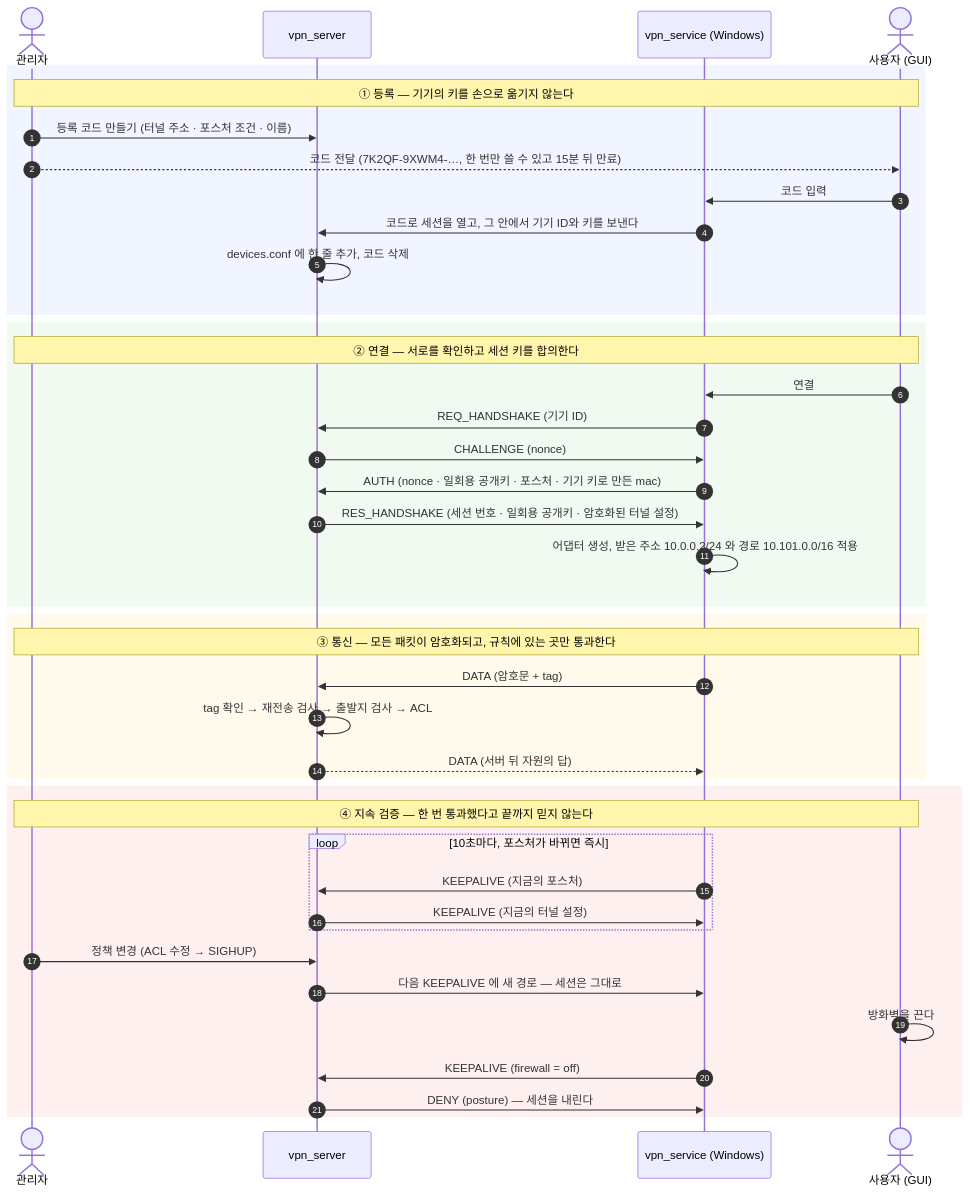
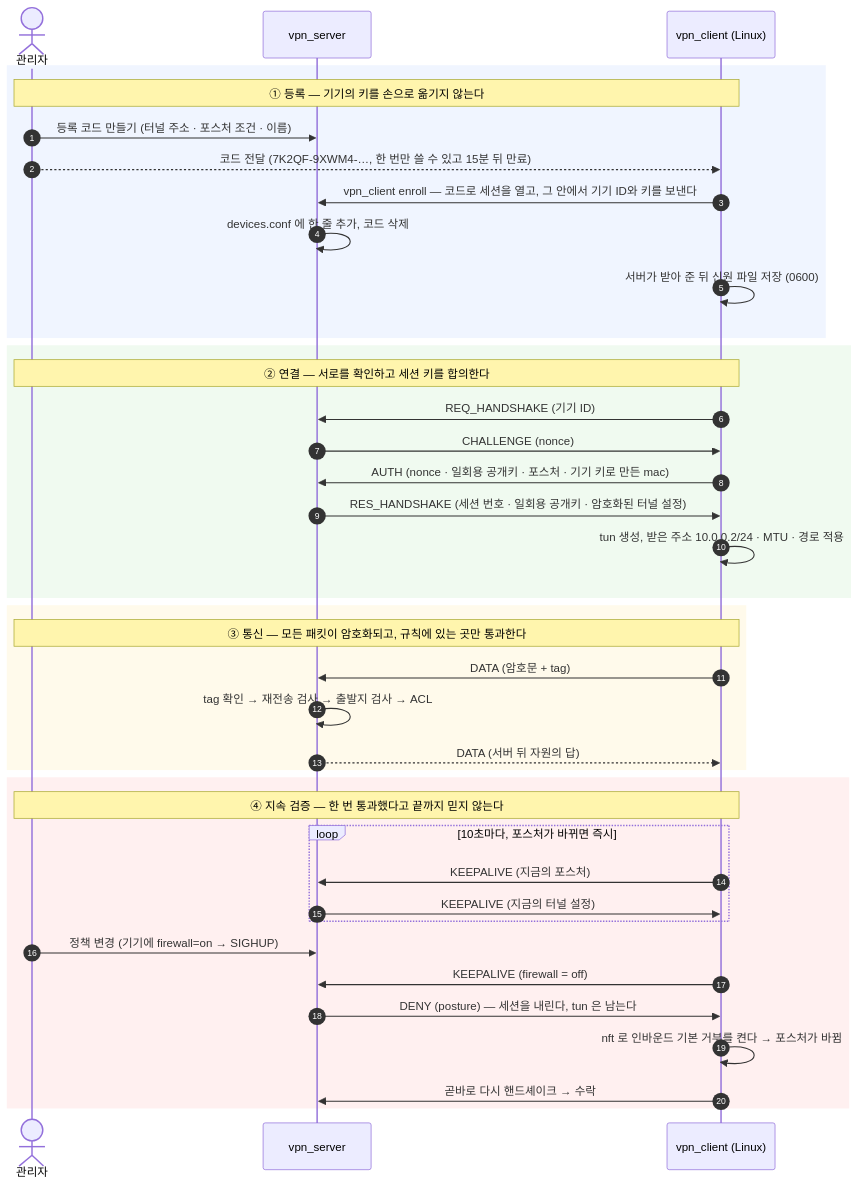
Before and after one commit to k1msatgat/my_vpn: the second of 3 diagrams in README.md, drawn with Mermaid. The commit also changed other lines of this file, not shown here.

First line of the commit message:
문서: README 를 Linux 서버·클라이언트 기준으로 다시 짠다

````diff
--- a/README.md
+++ b/README.md
@@ -77,47 +79,45 @@
 ```mermaid
 sequenceDiagram
     autonumber
     actor A as 관리자
     participant S as vpn_server
-    participant C as vpn_service (Windows)
-    actor U as 사용자 (GUI)
+    participant C as vpn_client (Linux)
 
     rect rgb(240, 245, 255)
-    Note over A,U: ① 등록 — 기기의 키를 손으로 옮기지 않는다
+    Note over A,C: ① 등록 — 기기의 키를 손으로 옮기지 않는다
     A->>S: 등록 코드 만들기 (터널 주소 · 포스처 조건 · 이름)
-    A-->>U: 코드 전달 (7K2QF-9XWM4-…, 한 번만 쓸 수 있고 15분 뒤 만료)
-    U->>C: 코드 입력
-    C->>S: 코드로 세션을 열고, 그 안에서 기기 ID와 키를 보낸다
+    A-->>C: 코드 전달 (7K2QF-9XWM4-…, 한 번만 쓸 수 있고 15분 뒤 만료)
+    C->>S: vpn_client enroll — 코드로 세션을 열고, 그 안에서 기기 ID와 키를 보낸다
     S->>S: devices.conf 에 한 줄 추가, 코드 삭제
+    C->>C: 서버가 받아 준 뒤 신원 파일 저장 (0600)
     end
 
     rect rgb(240, 250, 240)
-    Note over A,U: ② 연결 — 서로를 확인하고 세션 키를 합의한다
-    U->>C: 연결
+    Note over A,C: ② 연결 — 서로를 확인하고 세션 키를 합의한다
     C->>S: REQ_HANDSHAKE (기기 ID)
     S->>C: CHALLENGE (nonce)
     C->>S: AUTH (nonce · 일회용 공개키 · 포스처 · 기기 키로 만든 mac)
     S->>C: RES_HANDSHAKE (세션 번호 · 일회용 공개키 · 암호화된 터널 설정)
-    C->>C: 어댑터 생성, 받은 주소 10.0.0.2/24 와 경로 10.101.0.0/16 적용
+    C->>C: tun 생성, 받은 주소 10.0.0.2/24 · MTU · 경로 적용
     end
 
     rect rgb(255, 250, 235)
-    Note over A,U: ③ 통신 — 모든 패킷이 암호화되고, 규칙에 있는 곳만 통과한다
+    Note over A,C: ③ 통신 — 모든 패킷이 암호화되고, 규칙에 있는 곳만 통과한다
     C->>S: DATA (암호문 + tag)
     S->>S: tag 확인 → 재전송 검사 → 출발지 검사 → ACL
     S-->>C: DATA (서버 뒤 자원의 답)
     end
 
     rect rgb(255, 240, 240)
-    Note over A,U: ④ 지속 검증 — 한 번 통과했다고 끝까지 믿지 않는다
+    Note over A,C: ④ 지속 검증 — 한 번 통과했다고 끝까지 믿지 않는다
     loop 10초마다, 포스처가 바뀌면 즉시
         C->>S: KEEPALIVE (지금의 포스처)
         S->>C: KEEPALIVE (지금의 터널 설정)
     end
-    A->>S: 정책 변경 (ACL 수정 → SIGHUP)
-    S->>C: 다음 KEEPALIVE 에 새 경로 — 세션은 그대로
-    U->>U: 방화벽을 끈다
+    A->>S: 정책 변경 (기기에 firewall=on → SIGHUP)
     C->>S: KEEPALIVE (firewall = off)
-    S->>C: DENY (posture) — 세션을 내린다
+    S->>C: DENY (posture) — 세션을 내린다, tun 은 남는다
+    C->>C: nft 로 인바운드 기본 거부를 켠다 → 포스처가 바뀜
+    C->>S: 곧바로 다시 핸드셰이크 → 수락
     end
 ```
````
